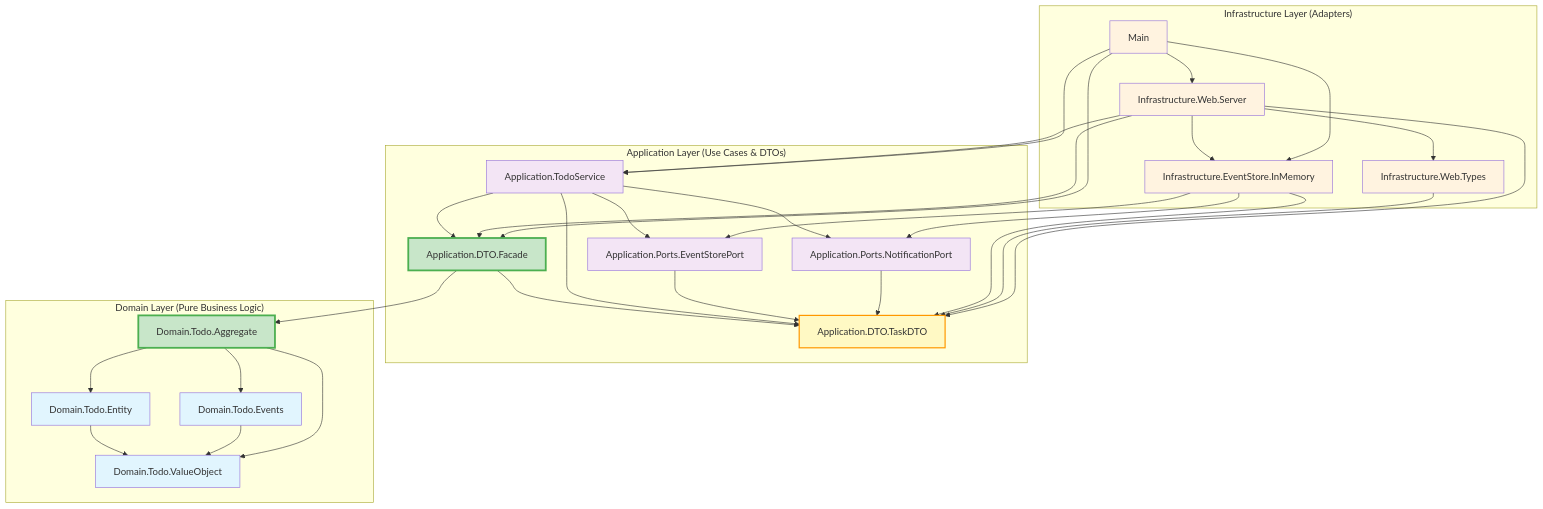
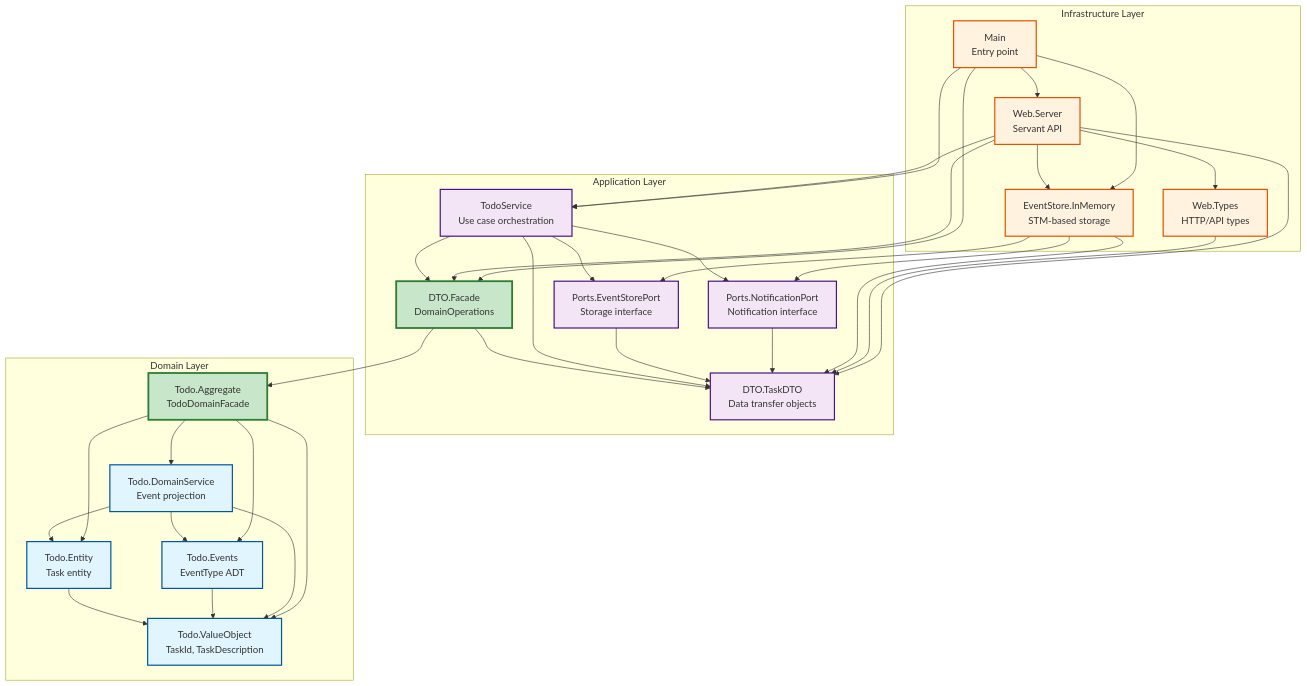
One commit to Otto148524/todo-ddd changed the diagram in README.md. Above: the diagram before and after it, drawn with Mermaid. The commit also changed other lines of this file, not shown here.

Commit message:
現在の実装に合わせて更新

````diff
--- a/README.md
+++ b/README.md
@@ -60,69 +63,72 @@
 ```mermaid
 graph TB
-    subgraph "Infrastructure Layer (Adapters)"
-        InfraWebServer[Infrastructure.Web.Server]
-        InfraWebTypes[Infrastructure.Web.Types]
-        InfraMemory[Infrastructure.EventStore.InMemory]
-        MainApp[Main]
+    subgraph Infrastructure["Infrastructure Layer"]
+        WebServer[Web.Server<br/>Servant API]
+        WebTypes[Web.Types<br/>HTTP/API types]
+        EventStore[EventStore.InMemory<br/>STM-based storage]
+        Main[Main<br/>Entry point]
     end
 
-    subgraph "Application Layer (Use Cases & DTOs)"
-        AppService[Application.TodoService]
-        AppFacade[Application.DTO.Facade]
-        AppDTO[Application.DTO.TaskDTO]
-        AppEventPort[Application.Ports.EventStorePort]
-        AppNotificationPort[Application.Ports.NotificationPort]
+    subgraph Application["Application Layer"]
+        TodoService[TodoService<br/>Use case orchestration]
+        DomainOps[DTO.Facade<br/>DomainOperations]
+        TaskDTO[DTO.TaskDTO<br/>Data transfer objects]
+        EventStorePort[Ports.EventStorePort<br/>Storage interface]
+        NotificationPort[Ports.NotificationPort<br/>Notification interface]
     end
 
-    subgraph "Domain Layer (Pure Business Logic)"
-        DomainAggregate[Domain.Todo.Aggregate]
-        DomainEntity[Domain.Todo.Entity]
-        DomainEvents[Domain.Todo.Events]
-        DomainVO[Domain.Todo.ValueObject]
+    subgraph Domain["Domain Layer"]
+        Aggregate[Todo.Aggregate<br/>TodoDomainFacade]
+        DomainService[Todo.DomainService<br/>Event projection]
+        Events[Todo.Events<br/>EventType ADT]
+        Entity[Todo.Entity<br/>Task entity]
+        ValueObject[Todo.ValueObject<br/>TaskId, TaskDescription]
     end
 
     %% Domain internal dependencies
-    DomainEntity --> DomainVO
-    DomainEvents --> DomainVO
-    DomainAggregate --> DomainEntity
-    DomainAggregate --> DomainEvents
-    DomainAggregate --> DomainVO
+    Entity --> ValueObject
+    Events --> ValueObject
+    DomainService --> Entity
+    DomainService --> Events
+    DomainService --> ValueObject
+    Aggregate --> DomainService
+    Aggregate --> Events
+    Aggregate --> Entity
+    Aggregate --> ValueObject
 
-    %% Application layer - Aggregate Pattern implementation
-    AppFacade --> DomainAggregate
-    AppFacade --> AppDTO
-    AppService --> AppFacade
-    AppService --> AppDTO
-    AppService --> AppEventPort
-    AppService --> AppNotificationPort
-    AppEventPort --> AppDTO
-    AppNotificationPort --> AppDTO
+    %% Application dependencies
+    DomainOps --> Aggregate
+    DomainOps --> TaskDTO
+    TodoService --> DomainOps
+    TodoService --> TaskDTO
+    TodoService --> EventStorePort
+    TodoService --> NotificationPort
+    EventStorePort --> TaskDTO
+    NotificationPort --> TaskDTO
 
     %% Infrastructure dependencies
-    InfraMemory --> AppDTO
-    InfraMemory --> AppEventPort
-    InfraMemory --> AppNotificationPort
-    InfraWebTypes --> AppDTO
-    InfraWebServer --> AppFacade
-    InfraWebServer --> AppDTO
-    InfraWebServer --> AppService
-    InfraWebServer --> InfraWebTypes
-    InfraWebServer --> InfraMemory
-    MainApp --> AppService
-    MainApp --> AppFacade
-    MainApp --> InfraMemory
-    MainApp --> InfraWebServer
+    EventStore --> TaskDTO
+    EventStore --> EventStorePort
+    EventStore --> NotificationPort
+    WebTypes --> TaskDTO
+    WebServer --> DomainOps
+    WebServer --> TodoService
+    WebServer --> TaskDTO
+    WebServer --> WebTypes
+    WebServer --> EventStore
+    Main --> TodoService
+    Main --> DomainOps
+    Main --> EventStore
+    Main --> WebServer
 
-    %% Styling with facade pattern highlights
-    classDef domain fill:#e1f5fe
-    classDef application fill:#f3e5f5
-    classDef infrastructure fill:#fff3e0
-    classDef facade fill:#c8e6c9,stroke:#4caf50,stroke-width:3px
-    classDef pureDto fill:#fff9c4,stroke:#ff9800,stroke-width:2px
+    %% Styling
+    classDef domainStyle fill:#e1f5fe,stroke:#01579b,stroke-width:2px
+    classDef appStyle fill:#f3e5f5,stroke:#4a148c,stroke-width:2px
+    classDef infraStyle fill:#fff3e0,stroke:#e65100,stroke-width:2px
+    classDef facadeStyle fill:#c8e6c9,stroke:#2e7d32,stroke-width:3px
 
-    class DomainAggregate,DomainEntity,DomainEvents,DomainVO domain
-    class AppService,AppFacade,AppDTO,AppEventPort,AppNotificationPort application
-    class InfraWebServer,InfraWebTypes,InfraMemory,MainApp infrastructure
-    class DomainAggregate,AppFacade facade
-    class AppDTO pureDto
+    class Aggregate,DomainService,Events,Entity,ValueObject domainStyle
+    class TodoService,DomainOps,TaskDTO,EventStorePort,NotificationPort appStyle
+    class WebServer,WebTypes,EventStore,Main infraStyle
+    class Aggregate,DomainOps facadeStyle
 ```
````
